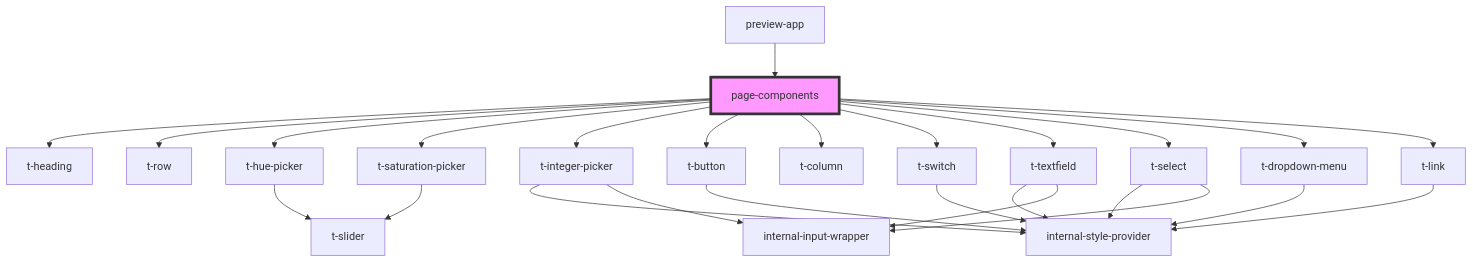
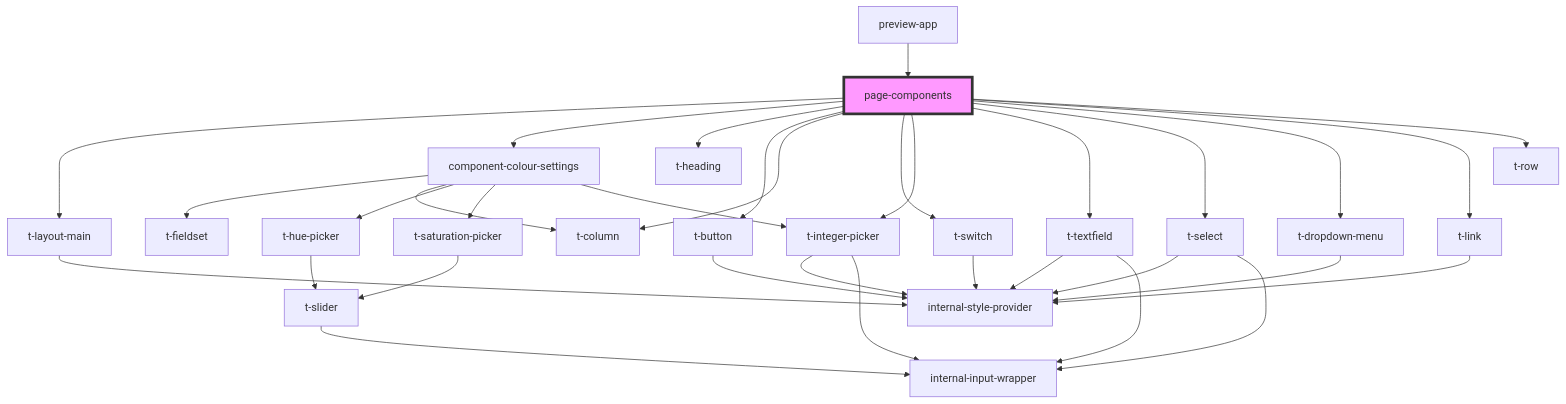
Before and after one commit to TomasEng/web-components: the diagram in packages/stencil/src/preview-app/page-components/readme.md, drawn with Mermaid. The commit also changed other lines of this file and 19 other files, not shown here.

````diff
--- a/packages/stencil/src/preview-app/page-components/readme.md
+++ b/packages/stencil/src/preview-app/page-components/readme.md
@@ -48,29 +44,36 @@
 ```mermaid
 graph TD;
+  page-components --> t-layout-main
+  page-components --> component-colour-settings
   page-components --> t-heading
-  page-components --> t-row
-  page-components --> t-hue-picker
-  page-components --> t-saturation-picker
-  page-components --> t-integer-picker
   page-components --> t-button
   page-components --> t-column
   page-components --> t-switch
+  page-components --> t-integer-picker
   page-components --> t-textfield
   page-components --> t-select
   page-components --> t-dropdown-menu
   page-components --> t-link
+  page-components --> t-row
+  t-layout-main --> internal-style-provider
+  component-colour-settings --> t-fieldset
+  component-colour-settings --> t-column
+  component-colour-settings --> t-hue-picker
+  component-colour-settings --> t-saturation-picker
+  component-colour-settings --> t-integer-picker
   t-hue-picker --> t-slider
+  t-slider --> internal-input-wrapper
   t-saturation-picker --> t-slider
   t-integer-picker --> internal-style-provider
   t-integer-picker --> internal-input-wrapper
   t-button --> internal-style-provider
   t-switch --> internal-style-provider
   t-textfield --> internal-style-provider
   t-textfield --> internal-input-wrapper
   t-select --> internal-style-provider
   t-select --> internal-input-wrapper
   t-dropdown-menu --> internal-style-provider
   t-link --> internal-style-provider
   preview-app --> page-components
   style page-components fill:#f9f,stroke:#333,stroke-width:4px
 ```
````
